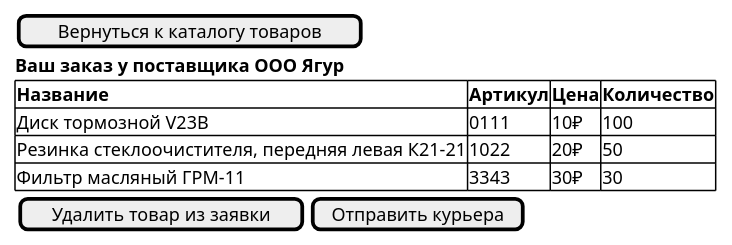
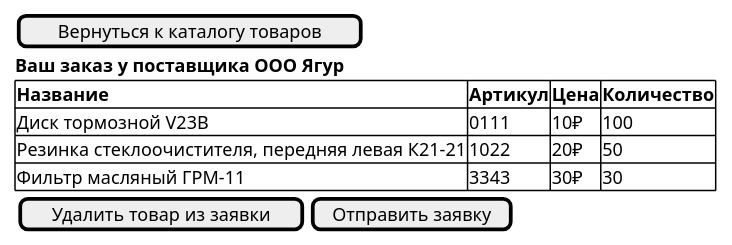
One commit to BombasticFantastik/PIS_Course_work changed the diagram in uml-диаграммы/отправить_курьера.puml. Above: the diagram before and after it, drawn with PlantUML. The commit also changed 8 other files, not shown here.

Commit message:
поправил диаграммы

```diff
--- a/uml-диаграммы/отправить_курьера.puml
+++ b/uml-диаграммы/отправить_курьера.puml
@@ -1,15 +1,15 @@
 @startsalt Отправление заявки
 {
     [Вернуться к каталогу товаров]
     <b>Ваш заказ у поставщика ООО Ягур
     {#<b>Название | <b>Артикул| <b>Цена| <b>Количество
     Диск тормозной V23B  | 0111  | 10₽ | 100 
     Резинка стеклоочистителя, передняя левая К21-21 | 1022 | 20₽ | 50  
     Фильтр масляный ГРМ-11 | 3343 | 30₽ | 30
     }
     {
-        [Удалить товар из заявки]|  [Отправить курьера]
+        [Удалить товар из заявки]|  [Отправить заявку]
     }
     
 }
 @endsalt
```
